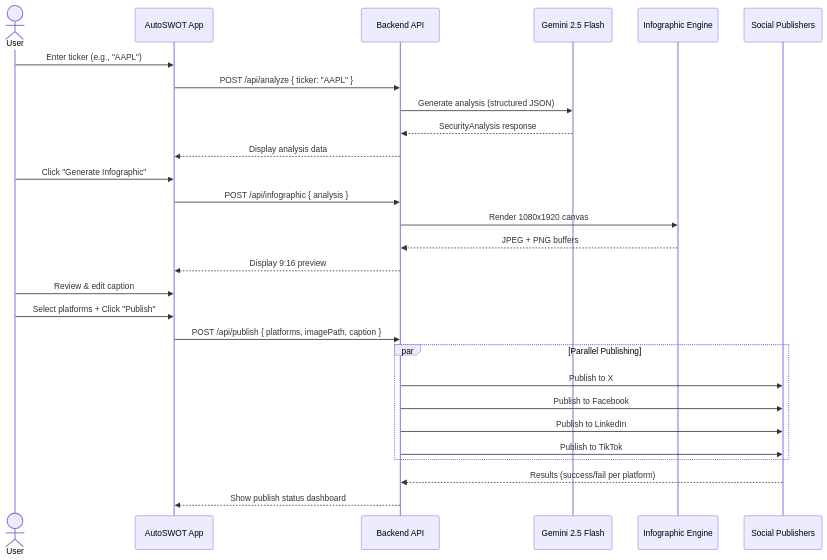
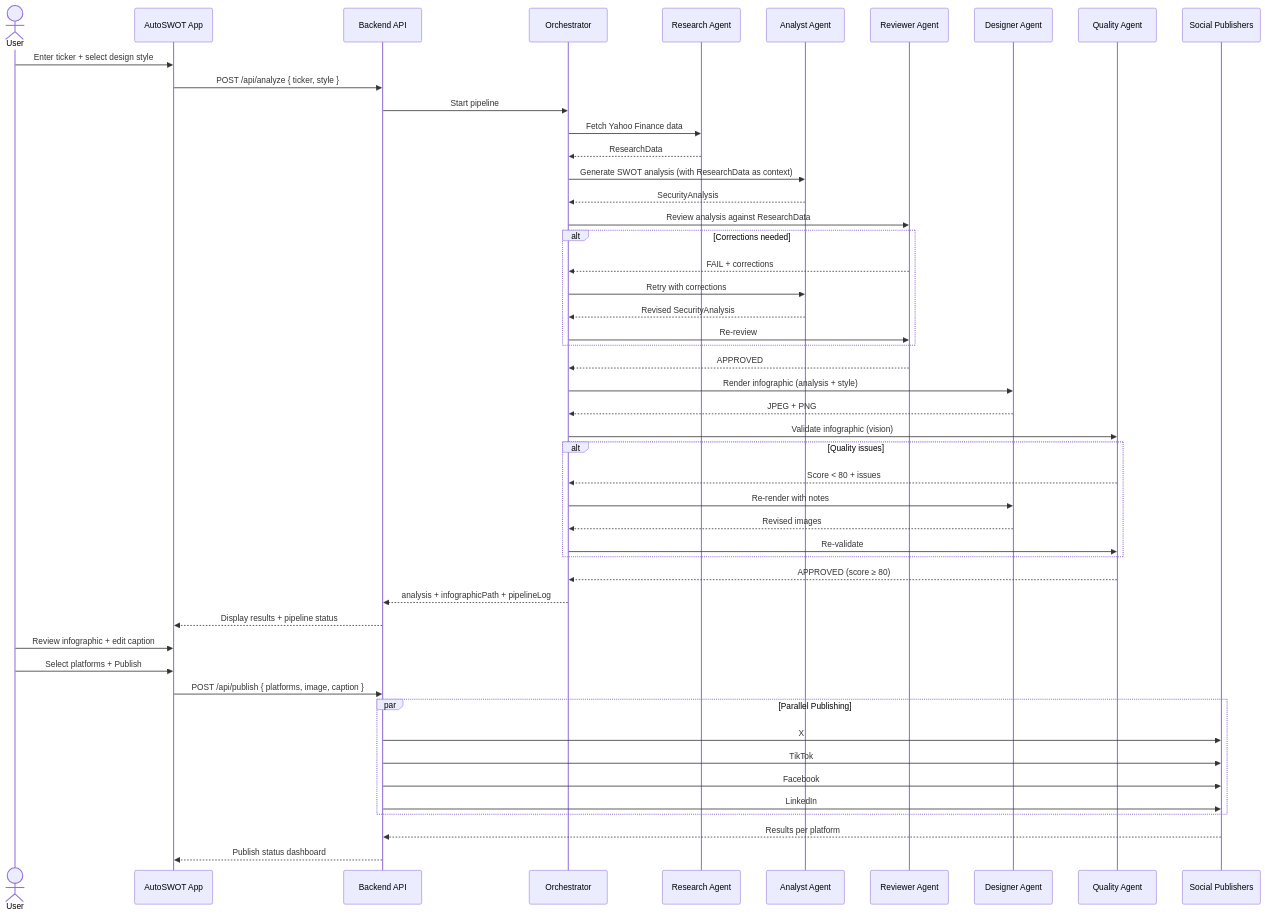
The second of 2 diagrams in IMPLEMENTATION_PLAN.md (gguillaux/autoswot), drawn with Mermaid before and after one commit. The commit also changed other lines of this file and 2 other files, not shown here.

First line of the commit message:
Add multi-agent architecture: AGENTS.md, SKILLS.md, updated plan

````diff
--- a/IMPLEMENTATION_PLAN.md
+++ b/IMPLEMENTATION_PLAN.md
@@ -391,35 +269,61 @@
 ```mermaid
 sequenceDiagram
     actor User
     participant App as AutoSWOT App
     participant API as Backend API
-    participant Gemini as Gemini 2.5 Flash
-    participant Canvas as Infographic Engine
+    participant ORC as Orchestrator
+    participant RA as Research Agent
+    participant AA as Analyst Agent
+    participant REV as Reviewer Agent
+    participant DA as Designer Agent
+    participant QA as Quality Agent
     participant Social as Social Publishers
 
-    User->>App: Enter ticker (e.g., "AAPL")
-    App->>API: POST /api/analyze { ticker: "AAPL" }
-    API->>Gemini: Generate analysis (structured JSON)
-    Gemini-->>API: SecurityAnalysis response
-    API-->>App: Display analysis data
+    User->>App: Enter ticker + select design style
+    App->>API: POST /api/analyze { ticker, style }
+    API->>ORC: Start pipeline
 
-    User->>App: Click "Generate Infographic"
-    App->>API: POST /api/infographic { analysis }
-    API->>Canvas: Render 1080x1920 canvas
-    Canvas-->>API: JPEG + PNG buffers
-    API-->>App: Display 9:16 preview
+    ORC->>RA: Fetch Yahoo Finance data
+    RA-->>ORC: ResearchData
 
-    User->>App: Review & edit caption
-    User->>App: Select platforms + Click "Publish"
-    App->>API: POST /api/publish { platforms, imagePath, caption }
-    
+    ORC->>AA: Generate SWOT analysis (with ResearchData as context)
+    AA-->>ORC: SecurityAnalysis
+
+    ORC->>REV: Review analysis against ResearchData
+    alt Corrections needed
+        REV-->>ORC: FAIL + corrections
+        ORC->>AA: Retry with corrections
+        AA-->>ORC: Revised SecurityAnalysis
+        ORC->>REV: Re-review
+    end
+    REV-->>ORC: APPROVED
+
+    ORC->>DA: Render infographic (analysis + style)
+    DA-->>ORC: JPEG + PNG
+
+    ORC->>QA: Validate infographic (vision)
+    alt Quality issues
+        QA-->>ORC: Score < 80 + issues
+        ORC->>DA: Re-render with notes
+        DA-->>ORC: Revised images
+        ORC->>QA: Re-validate
+    end
+    QA-->>ORC: APPROVED (score ≥ 80)
+
+    ORC-->>API: analysis + infographicPath + pipelineLog
+    API-->>App: Display results + pipeline status
+
+    User->>App: Review infographic + edit caption
+    User->>App: Select platforms + Publish
+    App->>API: POST /api/publish { platforms, image, caption }
+
     par Parallel Publishing
-        API->>Social: Publish to X
-        API->>Social: Publish to Facebook
-        API->>Social: Publish to LinkedIn
-        API->>Social: Publish to TikTok
+        API->>Social: X
+        API->>Social: TikTok
+        API->>Social: Facebook
+        API->>Social: LinkedIn
     end
-    
-    Social-->>API: Results (success/fail per platform)
-    API-->>App: Show publish status dashboard
+
+    Social-->>API: Results per platform
+    API-->>App: Publish status dashboard
 ```
````
